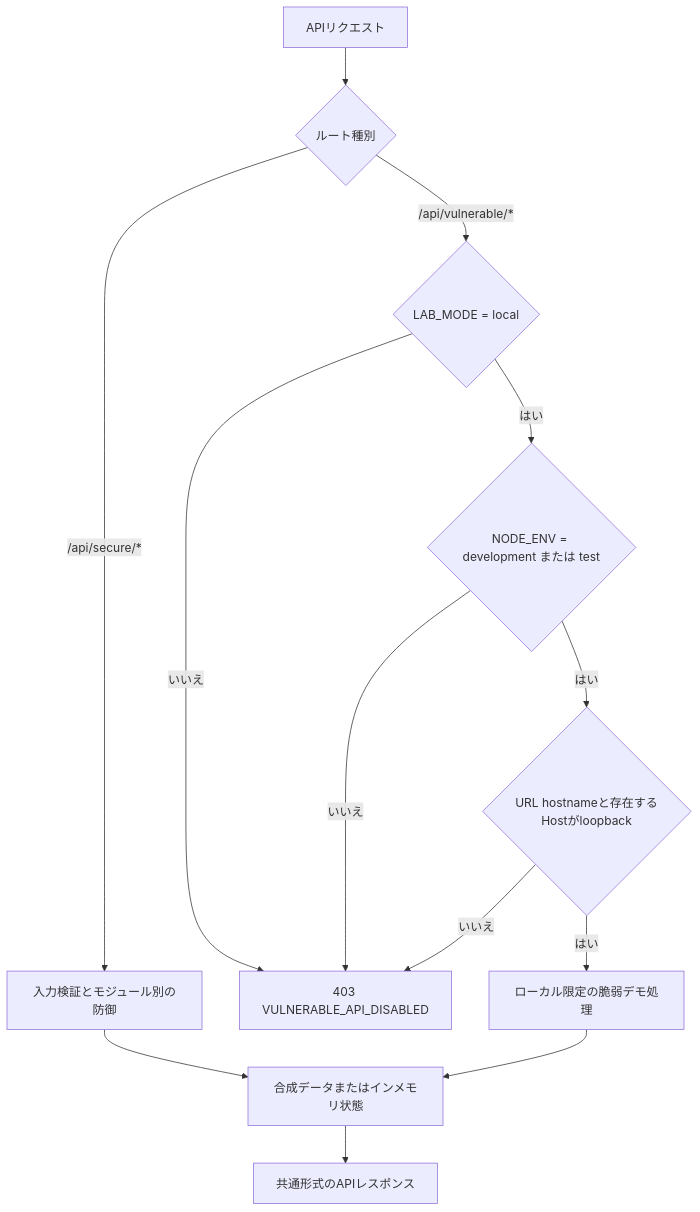
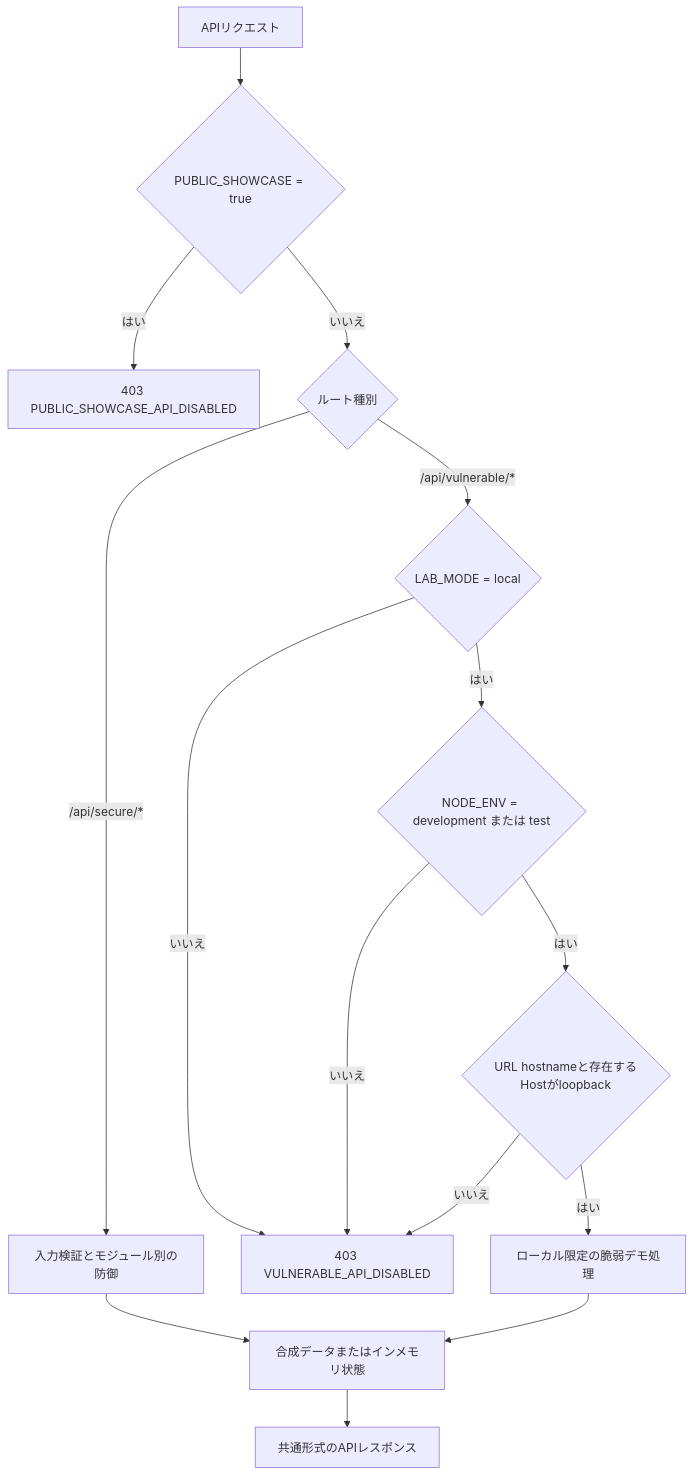
Before and after one commit to kiryu1211/api-security-lab-platform: the fifth of 8 diagrams in docs/design.ja.md, drawn with Mermaid. The commit also changed other lines of this file and 23 other files, not shown here.

Commit message:
Add Cloudflare public showcase

````diff
--- a/docs/design.ja.md
+++ b/docs/design.ja.md
@@ -156,16 +158,18 @@
 ```mermaid
 flowchart TD
-    Request["APIリクエスト"] --> Route{"ルート種別"}
+    Request["APIリクエスト"] --> PublicShowcase{"PUBLIC_SHOWCASE = true"}
+    PublicShowcase -- "はい" --> PublicDisabled["403 PUBLIC_SHOWCASE_API_DISABLED"]
+    PublicShowcase -- "いいえ" --> Route{"ルート種別"}
     Route -- "/api/secure/*" --> SecureChecks["入力検証とモジュール別の防御"]
     SecureChecks --> SyntheticData["合成データまたはインメモリ状態"]
     SyntheticData --> Response["共通形式のAPIレスポンス"]
 
     Route -- "/api/vulnerable/*" --> LocalMode{"LAB_MODE = local"}
     LocalMode -- "いいえ" --> Disabled["403 VULNERABLE_API_DISABLED"]
     LocalMode -- "はい" --> Runtime{"NODE_ENV = development または test"}
     Runtime -- "いいえ" --> Disabled
     Runtime -- "はい" --> Loopback{"URL hostnameと存在するHostがloopback"}
     Loopback -- "いいえ" --> Disabled
     Loopback -- "はい" --> VulnerableDemo["ローカル限定の脆弱デモ処理"]
     VulnerableDemo --> SyntheticData
 ```
````
